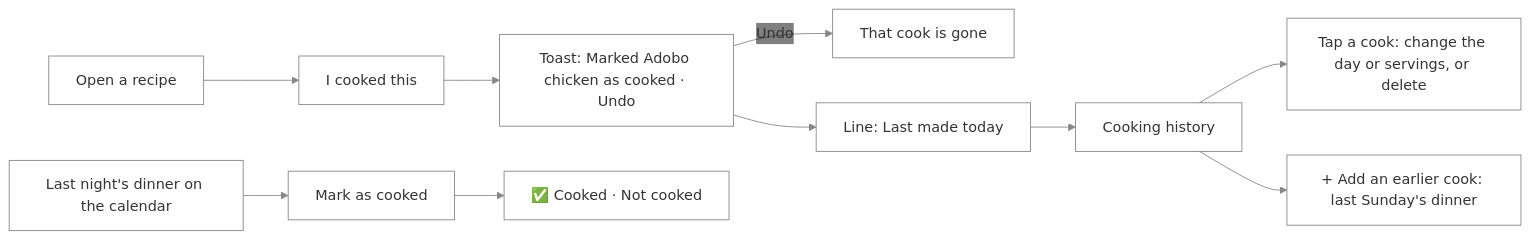
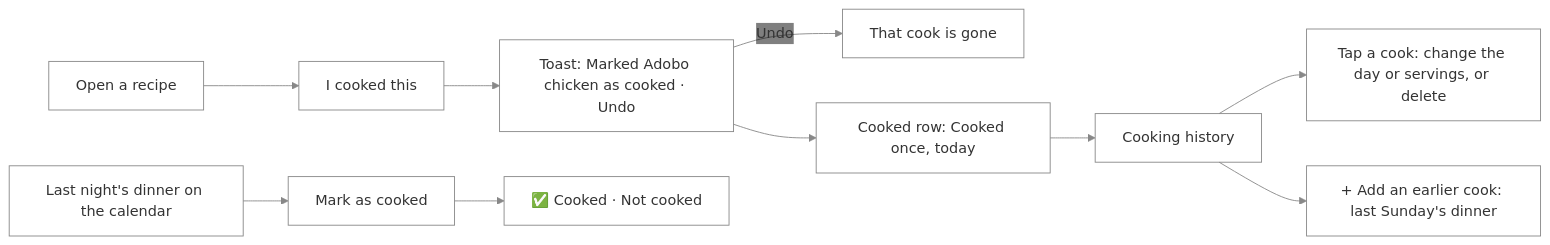
Before and after one commit to NovaMoonX/moondreams-dev-apps: diagram 46 of 54 in src/apps/pinch/UX.md, drawn with Mermaid. The commit also changed other lines of this file, not shown here.

First line of the commit message:
Pinch audit docs, pass 2: UX.md follows the last four workstreams

````diff
--- a/src/apps/pinch/UX.md
+++ b/src/apps/pinch/UX.md
@@ -1407,10 +1419,10 @@
 ```mermaid
 %%{init: {'theme': 'base', 'themeVariables': {'primaryColor': 'transparent', 'clusterBkg': 'transparent', 'primaryBorderColor': '#888888', 'clusterBorder': '#888888', 'lineColor': '#888888', 'primaryTextColor': '#333333'}}}%%
 flowchart LR
     A["Open a recipe"] --> B["I cooked this"] --> C["Toast: Marked Adobo chicken as cooked · Undo"]
     C -->|Undo| D["That cook is gone"]
-    C --> E["Line: Last made today"]
+    C --> E["Cooked row: Cooked once, today"]
     F["Last night's dinner on the calendar"] --> G["Mark as cooked"] --> H["✅ Cooked · Not cooked"]
     E --> I["Cooking history"] --> J["Tap a cook: change the day or servings, or delete"]
     I --> K["+ Add an earlier cook: last Sunday's dinner"]
 ```
````
